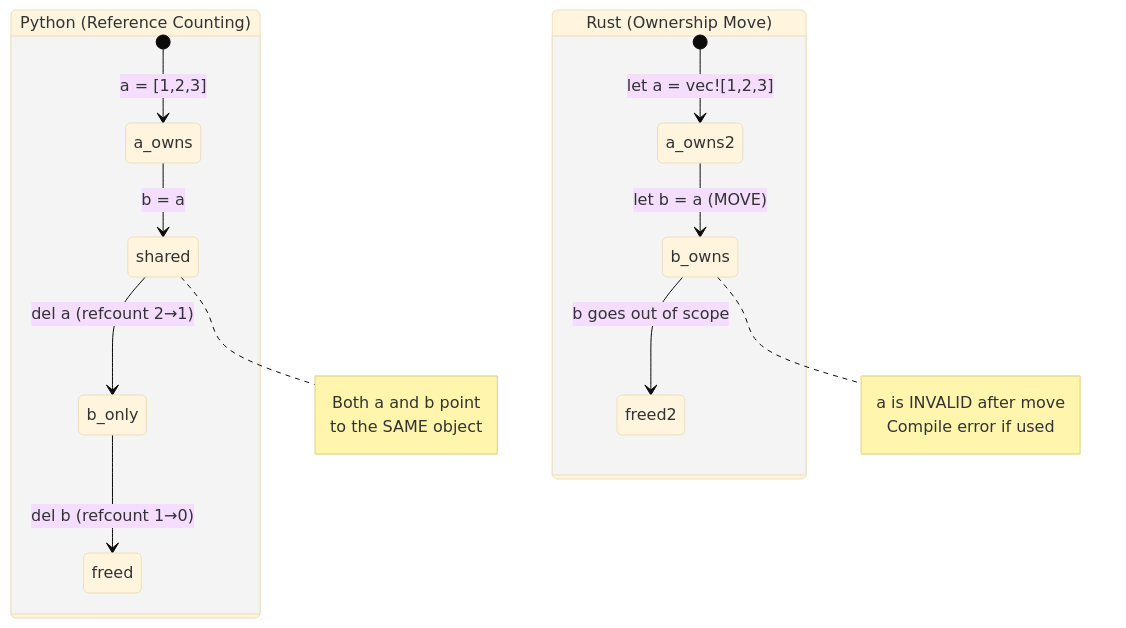
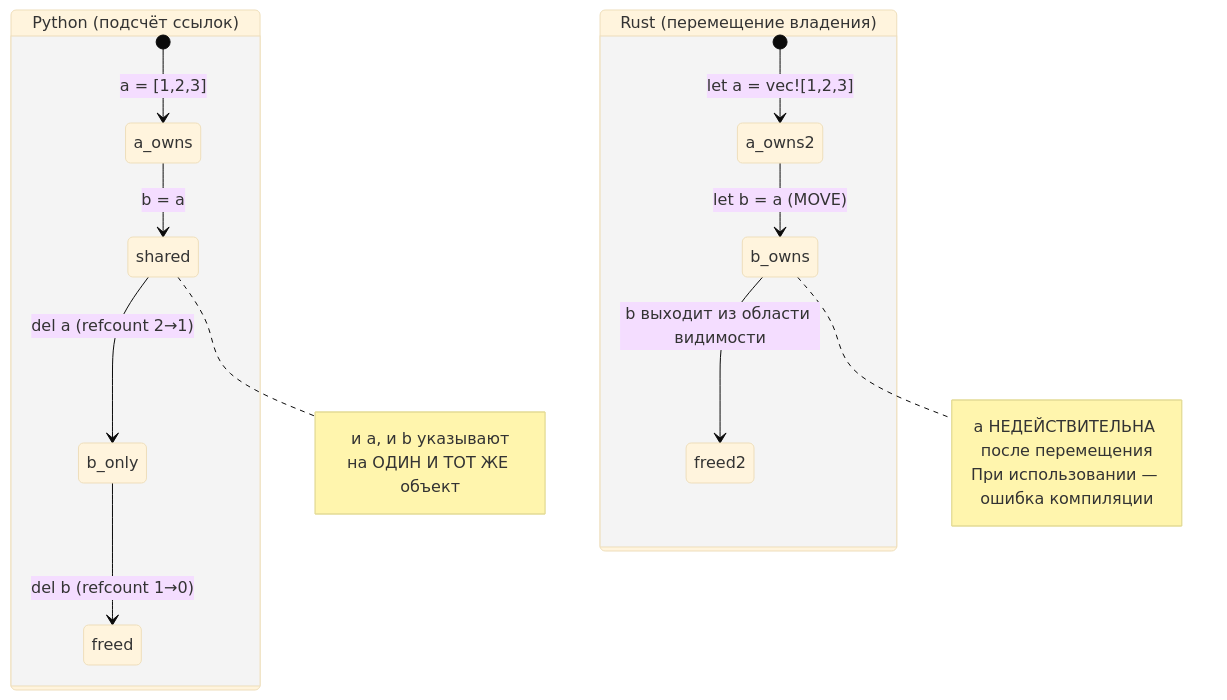
The first of 2 diagrams in python-book/src/ch07-ownership-and-borrowing.md (r007/RustTraining-Rus), drawn with Mermaid (base theme) before and after one commit. The commit also changed other lines of this file and 10 other files, not shown here.

````diff
--- a/python-book/src/ch07-ownership-and-borrowing.md
+++ b/python-book/src/ch07-ownership-and-borrowing.md
@@ -95,16 +91,16 @@
 ```mermaid
 stateDiagram-v2
-    state "Python (Reference Counting)" as PY {
+    state "Python (подсчёт ссылок)" as PY {
         [*] --> a_owns: a = [1,2,3]
         a_owns --> shared: b = a
         shared --> b_only: del a (refcount 2→1)
         b_only --> freed: del b (refcount 1→0)
-        note right of shared: Both a and b point<br/>to the SAME object
+        note right of shared: и a, и b указывают<br/>на ОДИН И ТОТ ЖЕ объект
     }
-    state "Rust (Ownership Move)" as RS {
+    state "Rust (перемещение владения)" as RS {
         [*] --> a_owns2: let a = vec![1,2,3]
         a_owns2 --> b_owns: let b = a (MOVE)
-        b_owns --> freed2: b goes out of scope
-        note right of b_owns: a is INVALID after move<br/>Compile error if used
+        b_owns --> freed2: b выходит из области видимости
+        note right of b_owns: a НЕДЕЙСТВИТЕЛЬНА после перемещения<br/>При использовании — ошибка компиляции
     }
 ```
````
